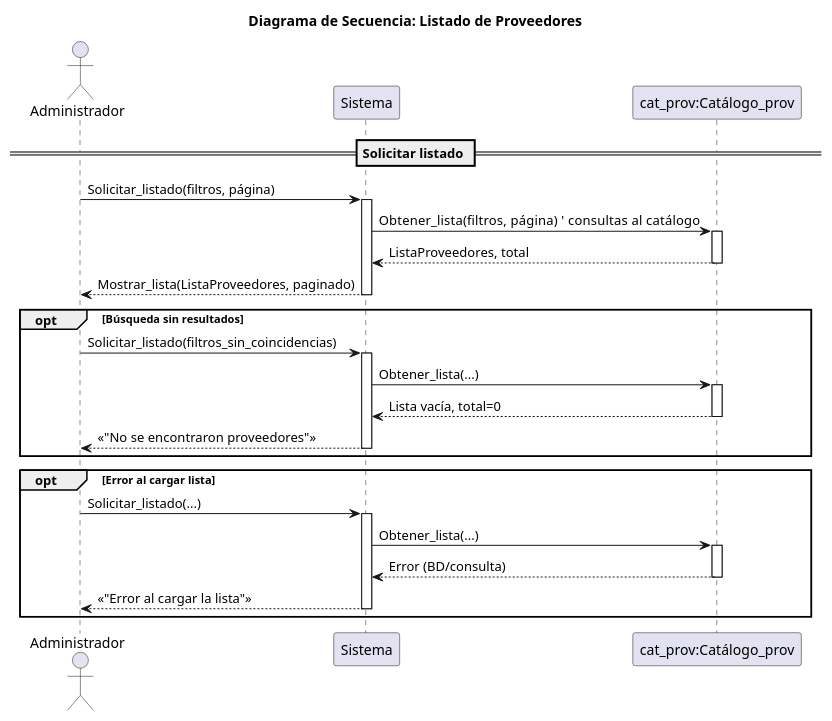
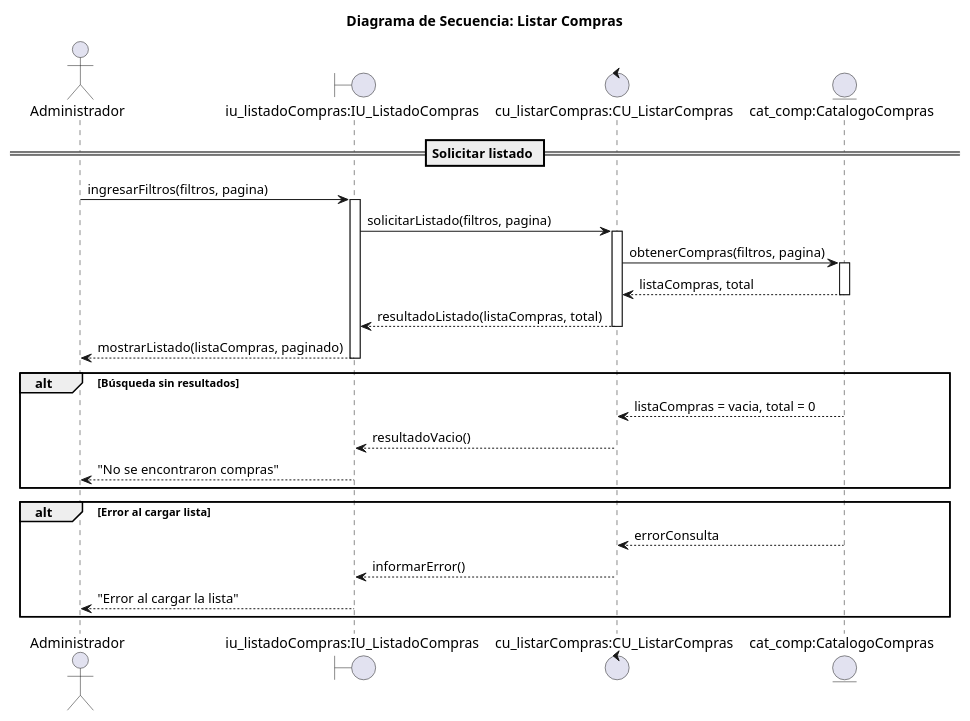
One commit to Luci1274/PPI_Proyecto_gomeria changed the diagram in 08-Diagrama-secuencia/01_Listado_compras.puml. Above: the diagram before and after it, drawn with PlantUML. The commit also changed 21 other files, not shown here.

Commit message:
Modificacion en mis casos de uso y diagramas de secuencia correspondientes

```diff
--- a/08-Diagrama-secuencia/01_Listado_compras.puml
+++ b/08-Diagrama-secuencia/01_Listado_compras.puml
@@ -1,41 +1,42 @@
-@startuml listado_proveedores
+@startuml listado_compras
 
-title Diagrama de Secuencia: Listado de Proveedores
+title Diagrama de Secuencia: Listar Compras
 
 actor Administrador
-participant Sistema
-participant "cat_prov:Catálogo_prov" as Cat_prov
+boundary "iu_listadoCompras:IU_ListadoCompras" as IU
+control "cu_listarCompras:CU_ListarCompras" as CU
+entity "cat_comp:CatalogoCompras" as CAT
 
 == Solicitar listado ==
-Administrador -> Sistema: Solicitar_listado(filtros, página)
-activate Sistema
-Sistema -> Cat_prov: Obtener_lista(filtros, página)    ' consultas al catálogo
-activate Cat_prov
-Cat_prov --> Sistema: ListaProveedores, total
-deactivate Cat_prov
-Sistema --> Administrador: Mostrar_lista(ListaProveedores, paginado)
-deactivate Sistema
+Administrador -> IU: ingresarFiltros(filtros, pagina)
+activate IU
 
-opt Búsqueda sin resultados
-    Administrador -> Sistema: Solicitar_listado(filtros_sin_coincidencias)
-    activate Sistema
-    Sistema -> Cat_prov: Obtener_lista(...)
-    activate Cat_prov
-    Cat_prov --> Sistema: Lista vacía, total=0
-    deactivate Cat_prov
-    Sistema --> Administrador: <<"No se encontraron proveedores">>
-    deactivate Sistema
+IU -> CU: solicitarListado(filtros, pagina)
+activate CU
+
+CU -> CAT: obtenerCompras(filtros, pagina)
+activate CAT
+
+CAT --> CU: listaCompras, total
+deactivate CAT
+
+CU --> IU: resultadoListado(listaCompras, total)
+deactivate CU
+
+IU --> Administrador: mostrarListado(listaCompras, paginado)
+deactivate IU
+
+
+alt Búsqueda sin resultados
+    CAT --> CU: listaCompras = vacia, total = 0
+    CU --> IU: resultadoVacio()
+    IU --> Administrador: "No se encontraron compras"
 end
 
-opt Error al cargar lista
-    Administrador -> Sistema: Solicitar_listado(...)
-    activate Sistema
-    Sistema -> Cat_prov: Obtener_lista(...)
-    activate Cat_prov
-    Cat_prov --> Sistema: Error (BD/consulta)
-    deactivate Cat_prov
-    Sistema --> Administrador: <<"Error al cargar la lista">>
-    deactivate Sistema
+alt Error al cargar lista
+    CAT --> CU: errorConsulta
+    CU --> IU: informarError()
+    IU --> Administrador: "Error al cargar la lista"
 end
 
 @enduml
```
